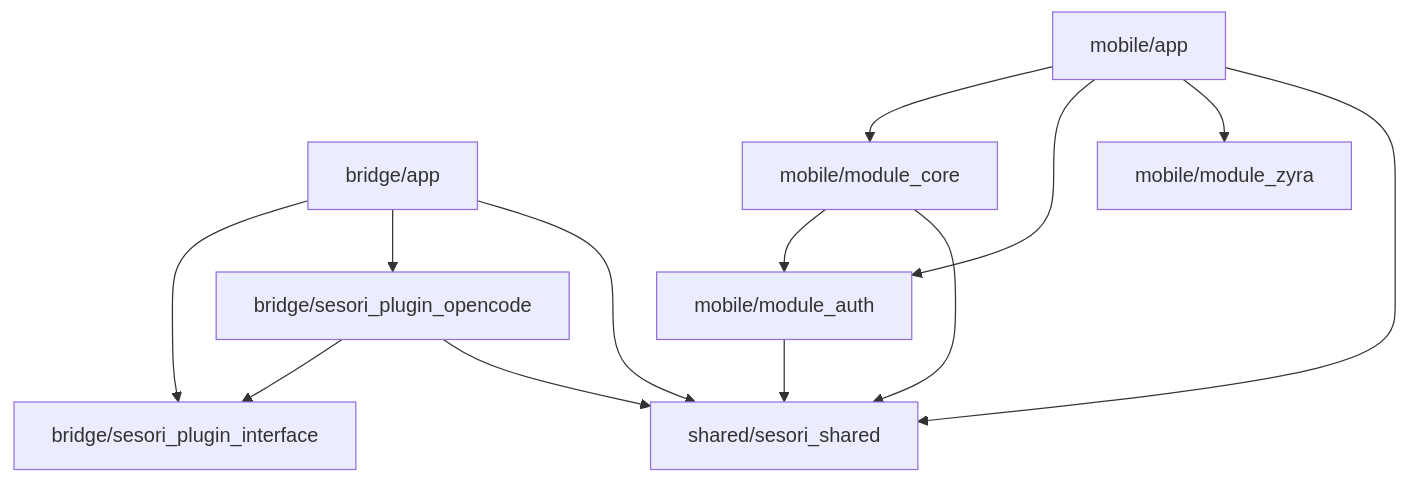
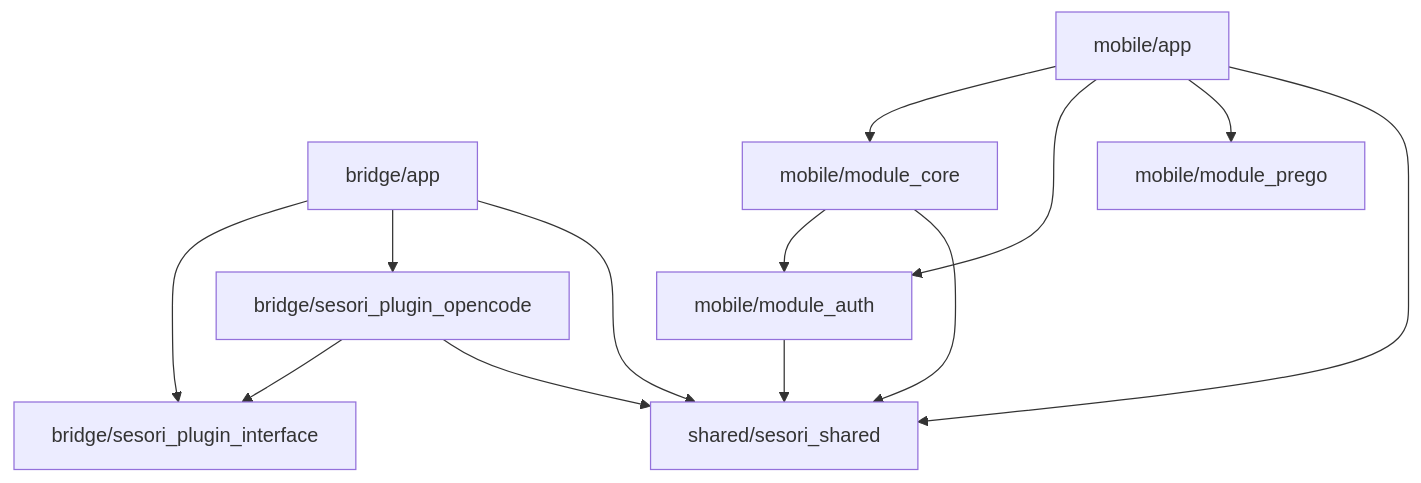
One commit to sesori-ai/sesori_apps_monorepo changed the first of 2 diagrams in README.md. Above: the diagram before and after it, drawn with Mermaid. The commit also changed other lines of this file and 80 other files, not shown here.

First line of the commit message:
refactor(mobile): complete module_zyra→module_prego rename so it compiles

````diff
--- a/README.md
+++ b/README.md
@@ -43,15 +43,15 @@
 ```mermaid
 graph TD
   bridge_app[bridge/app] --> sesori_plugin_interface[bridge/sesori_plugin_interface]
   bridge_app --> sesori_plugin_opencode[bridge/sesori_plugin_opencode]
   bridge_app --> sesori_shared[shared/sesori_shared]
   sesori_plugin_opencode --> sesori_plugin_interface
   sesori_plugin_opencode --> sesori_shared
   mobile_app[mobile/app] --> module_core[mobile/module_core]
   mobile_app --> module_auth[mobile/module_auth]
-  mobile_app --> module_zyra[mobile/module_zyra]
+  mobile_app --> module_prego[mobile/module_prego]
   mobile_app --> sesori_shared
   module_core --> module_auth
   module_core --> sesori_shared
   module_auth --> sesori_shared
 ```
````
